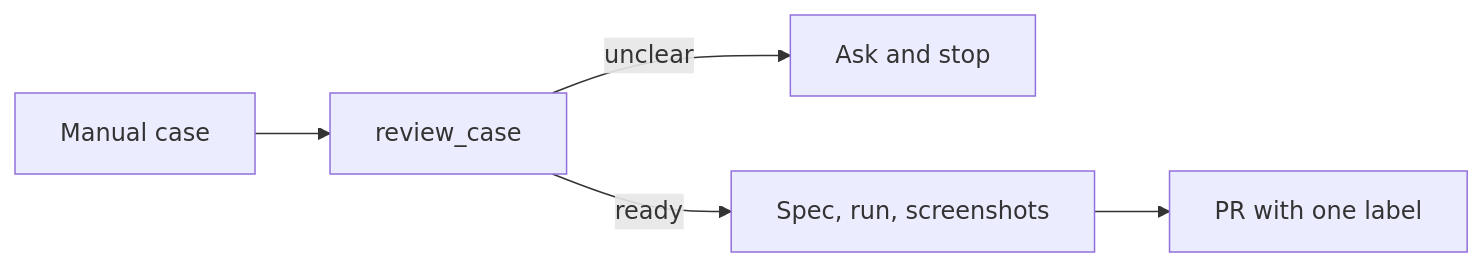
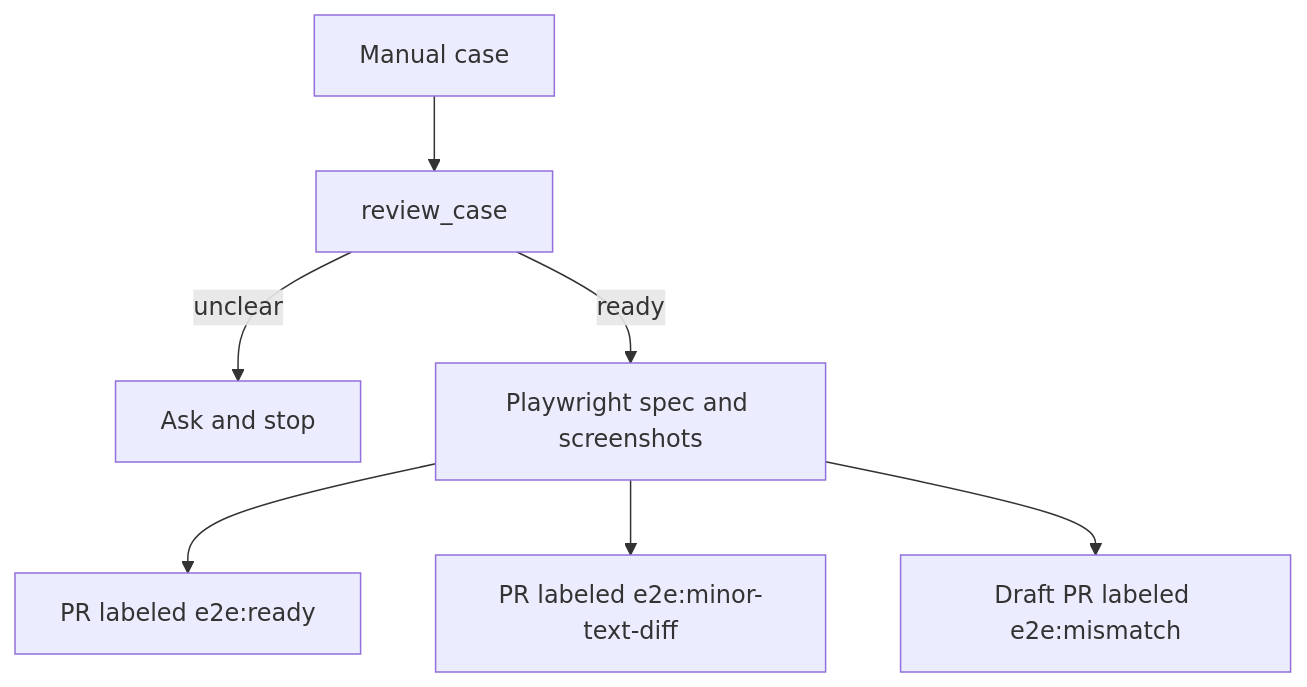
One commit to bogdanOwner/e2e-qa-pilot changed the diagram in README.md. Above: the diagram before and after it, drawn with Mermaid. The commit also changed other lines of this file, not shown here.

Commit message:
Simplify the README: restore the label diagram, link the Cabana example once, and fold the project file into Get started.

````diff
--- a/README.md
+++ b/README.md
@@ -41,7 +41,9 @@
 ```mermaid
-flowchart LR
+flowchart TD
   caseIn[Manual case] --> reviewCase[review_case]
   reviewCase -->|unclear| askStop[Ask and stop]
-  reviewCase -->|ready| buildSpec[Spec, run, screenshots]
-  buildSpec --> pr[PR with one label]
+  reviewCase -->|ready| buildSpec[Playwright spec and screenshots]
+  buildSpec --> readyLabel["PR labeled e2e:ready"]
+  buildSpec --> minorLabel["PR labeled e2e:minor-text-diff"]
+  buildSpec --> mismatchLabel["Draft PR labeled e2e:mismatch"]
 ```
````
